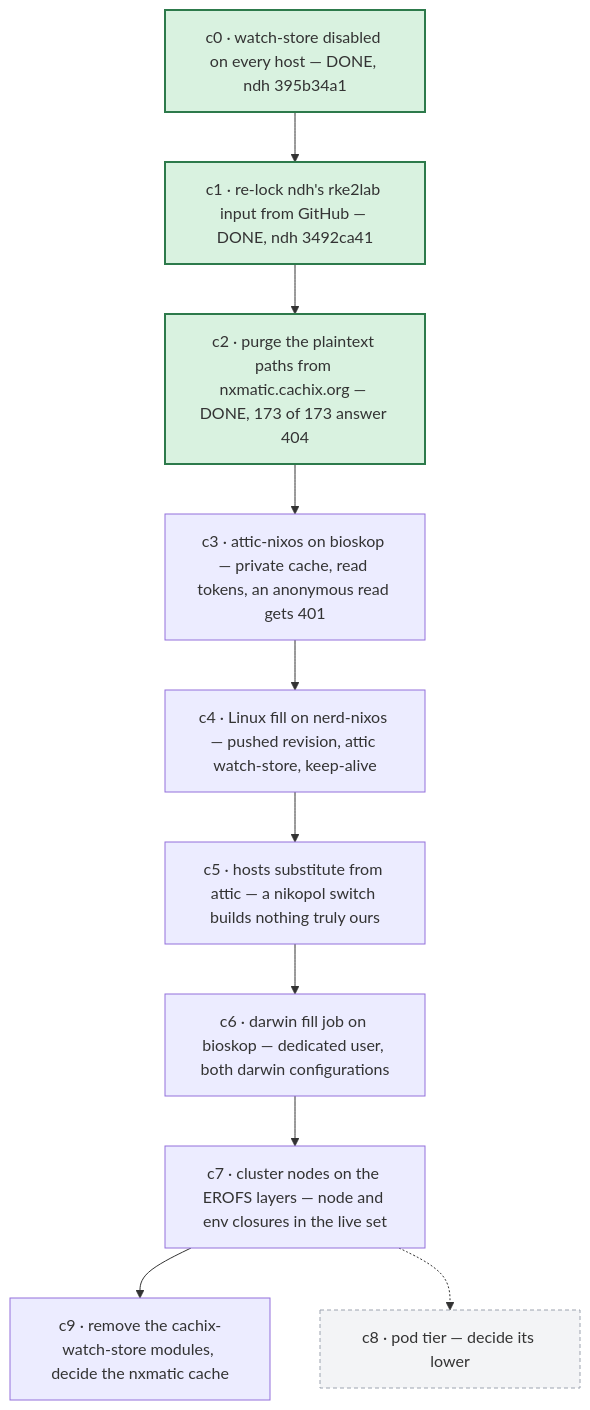
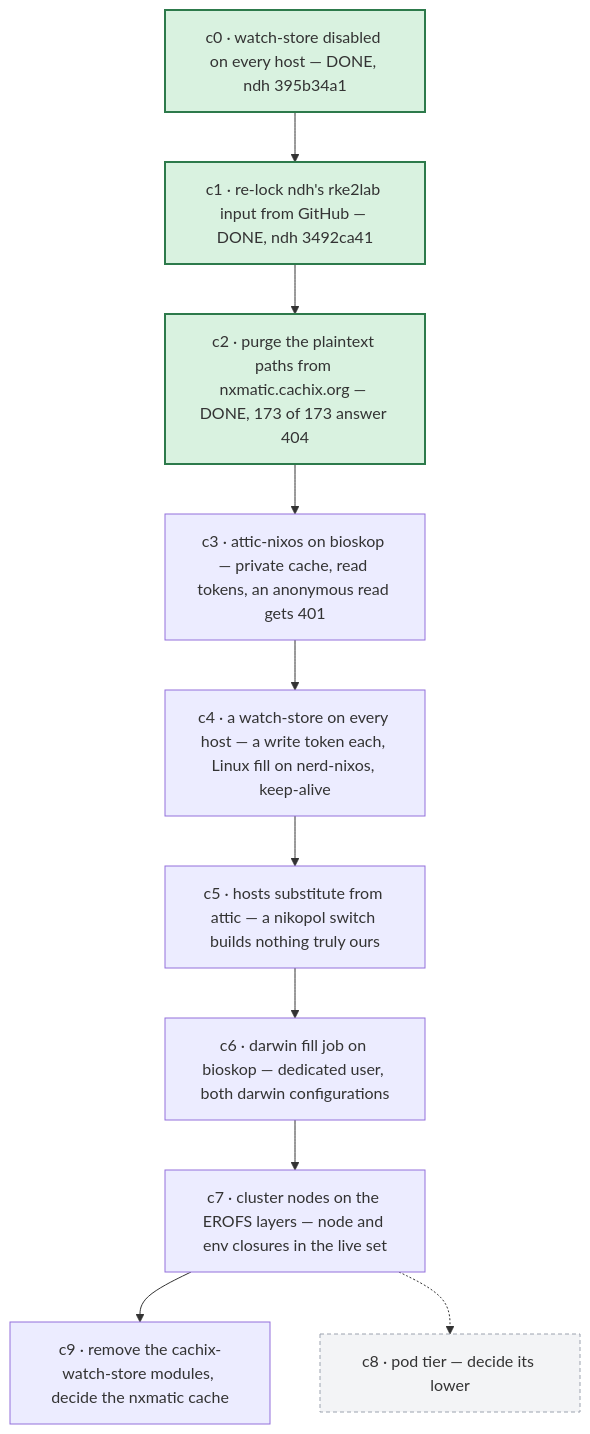
Before and after one commit to seedmatic/rke2lab: the eighth of 8 diagrams in docs/architecture/atlas/fabric-control-plane.adoc, drawn with Mermaid. The commit also changed other lines of this file and 2 other files, not shown here.

First line of the commit message:
docs(atlas): a watch-store on every host, a write token each — the price stated

```diff
--- a/docs/architecture/atlas/fabric-control-plane.adoc
+++ b/docs/architecture/atlas/fabric-control-plane.adoc
@@ -518,19 +518,19 @@
 [mermaid]
 ....
 flowchart TB
   c0["c0 · watch-store disabled on every host — DONE, ndh 395b34a1"]:::done
   c1["c1 · re-lock ndh's rke2lab input from GitHub — DONE, ndh 3492ca41"]:::done
   c2["c2 · purge the plaintext paths from nxmatic.cachix.org — DONE, 173 of 173 answer 404"]:::done
   c3["c3 · attic-nixos on bioskop — private cache, read tokens, an anonymous read gets 401"]
-  c4["c4 · Linux fill on nerd-nixos — pushed revision, attic watch-store, keep-alive"]
+  c4["c4 · a watch-store on every host — a write token each, Linux fill on nerd-nixos, keep-alive"]
   c5["c5 · hosts substitute from attic — a nikopol switch builds nothing truly ours"]
   c6["c6 · darwin fill job on bioskop — dedicated user, both darwin configurations"]
   c7["c7 · cluster nodes on the EROFS layers — node and env closures in the live set"]
   c8["c8 · pod tier — decide its lower"]:::later
   c9["c9 · remove the cachix-watch-store modules, decide the nxmatic cache"]
   c0 --> c1 --> c2 --> c3 --> c4 --> c5 --> c6 --> c7 --> c9
   c7 -.-> c8
 
   classDef done fill:#d9f2e0,stroke:#2d7a4b,stroke-width:2px;
   classDef later fill:#f3f4f6,stroke:#9ca3af,stroke-dasharray:4 3;
 ....
```
